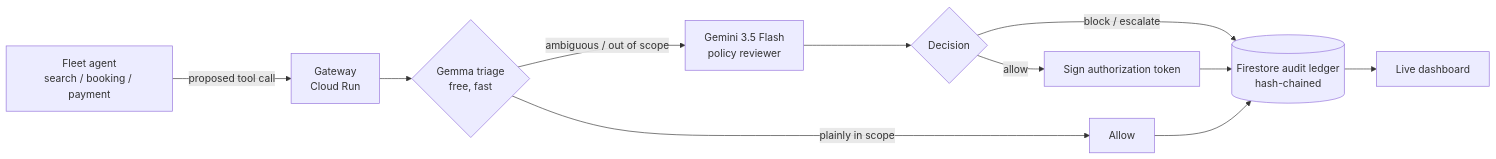
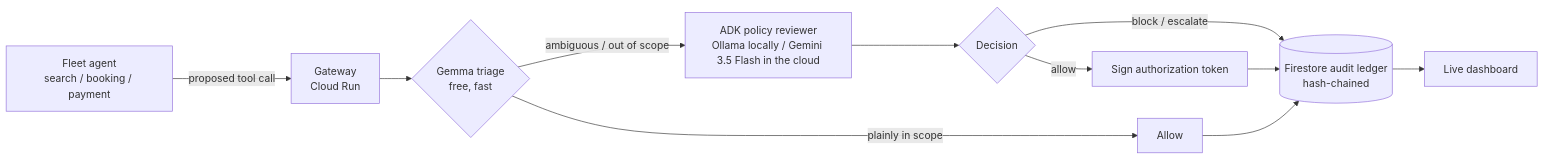
One commit to akashgoyal/finops-te-agents-warden changed the diagram in README.md. Above: the diagram before and after it, drawn with Mermaid. The commit also changed other lines of this file and 7 other files, not shown here.

````diff
--- a/README.md
+++ b/README.md
@@ -21,13 +21,13 @@
 ```mermaid
 flowchart LR
     A[Fleet agent<br/>search / booking / payment] -- proposed tool call --> G[Gateway<br/>Cloud Run]
     G --> T{Gemma triage<br/>free, fast}
     T -- plainly in scope --> ALLOW1[Allow]
-    T -- ambiguous / out of scope --> R[Gemini 3.5 Flash<br/>policy reviewer]
+    T -- ambiguous / out of scope --> R[ADK policy reviewer<br/>Ollama locally / Gemini 3.5 Flash in the cloud]
     R --> D{Decision}
     D -- allow --> TOK[Sign authorization token]
     D -- block / escalate --> LOG
     TOK --> LOG[(Firestore audit ledger<br/>hash-chained)]
     LOG --> DASH[Live dashboard]
     ALLOW1 --> LOG
 ```
````
